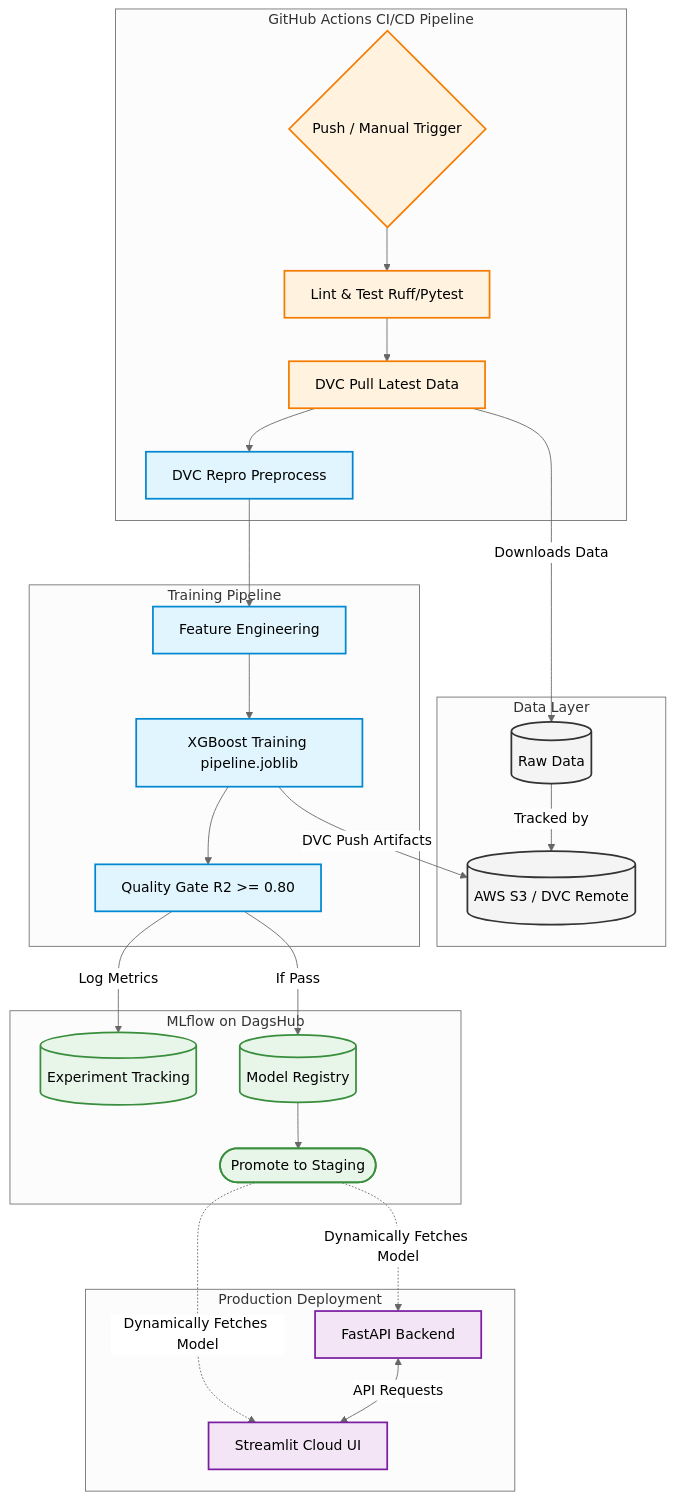
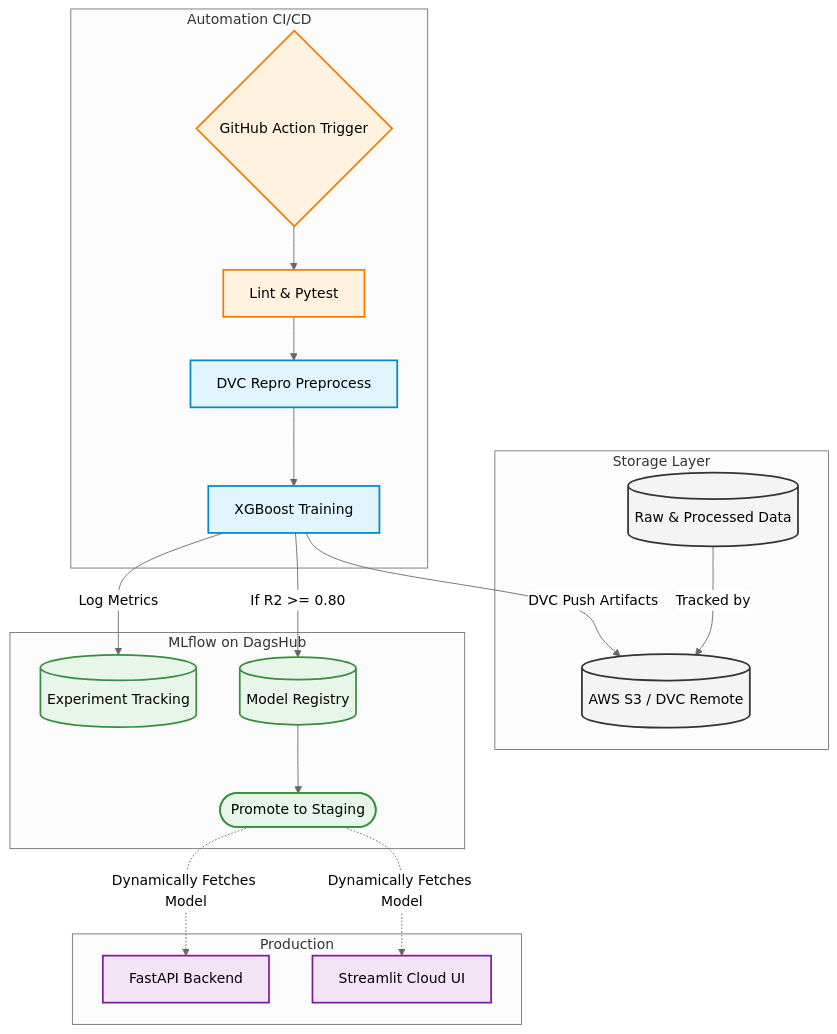
Before and after one commit to ahmedsh711/mlops-flight-predictor: the diagram in README.md, drawn with Mermaid (neutral theme). The commit also changed other lines of this file, not shown here.

Commit message:
docs: restructure README to industry standards with engineering challenges section

````diff
--- a/README.md
+++ b/README.md
@@ -24,51 +40,41 @@
 ```mermaid
 graph TD
     classDef data fill:#f4f4f4,stroke:#333,stroke-width:2px;
     classDef process fill:#e1f5fe,stroke:#0288d1,stroke-width:2px;
     classDef cicd fill:#fff3e0,stroke:#f57c00,stroke-width:2px;
     classDef registry fill:#e8f5e9,stroke:#388e3c,stroke-width:2px;
     classDef deploy fill:#f3e5f5,stroke:#7b1fa2,stroke-width:2px;
 
-    subgraph Data Layer
-        A[(Raw Data)]:::data
+    subgraph Storage Layer
+        A[(Raw & Processed Data)]:::data
         B[(AWS S3 / DVC Remote)]:::data
         A -->|Tracked by| B
     end
 
-    subgraph GitHub Actions CI/CD Pipeline
-        C{Push / Manual Trigger}:::cicd
-        D[Lint & Test Ruff/Pytest]:::cicd
-        E[DVC Pull Latest Data]:::cicd
-        F[DVC Repro Preprocess]:::process
+    subgraph Automation CI/CD
+        C{GitHub Action Trigger}:::cicd
+        D[Lint & Pytest]:::cicd
+        E[DVC Repro Preprocess]:::process
+        F[XGBoost Training]:::process
         
         C --> D --> E --> F
-        E -->|Downloads Data| A
-    end
-
-    subgraph Training Pipeline
-        G[Feature Engineering]:::process
-        H[XGBoost Training pipeline.joblib]:::process
-        I[Quality Gate R2 >= 0.80]:::process
-        
-        F --> G --> H --> I
-        H -->|DVC Push Artifacts| B
     end
 
     subgraph MLflow on DagsHub
-        J[(Experiment Tracking)]:::registry
-        K[(Model Registry)]:::registry
-        L([Promote to Staging]):::registry
+        G[(Experiment Tracking)]:::registry
+        H[(Model Registry)]:::registry
+        I([Promote to Staging]):::registry
         
-        I -->|Log Metrics| J
-        I -->|If Pass| K --> L
+        F -->|Log Metrics| G
+        F -->|If R2 >= 0.80| H --> I
+        F -->|DVC Push Artifacts| B
     end
 
-    subgraph Production Deployment
-        M[FastAPI Backend]:::deploy
-        N[Streamlit Cloud UI]:::deploy
+    subgraph Production
+        J[FastAPI Backend]:::deploy
+        K[Streamlit Cloud UI]:::deploy
         
-        L -.->|Dynamically Fetches Model| M
-        L -.->|Dynamically Fetches Model| N
-        M <-->|API Requests| N
+        I -.->|Dynamically Fetches Model| J
+        I -.->|Dynamically Fetches Model| K
     end
 ```
````
